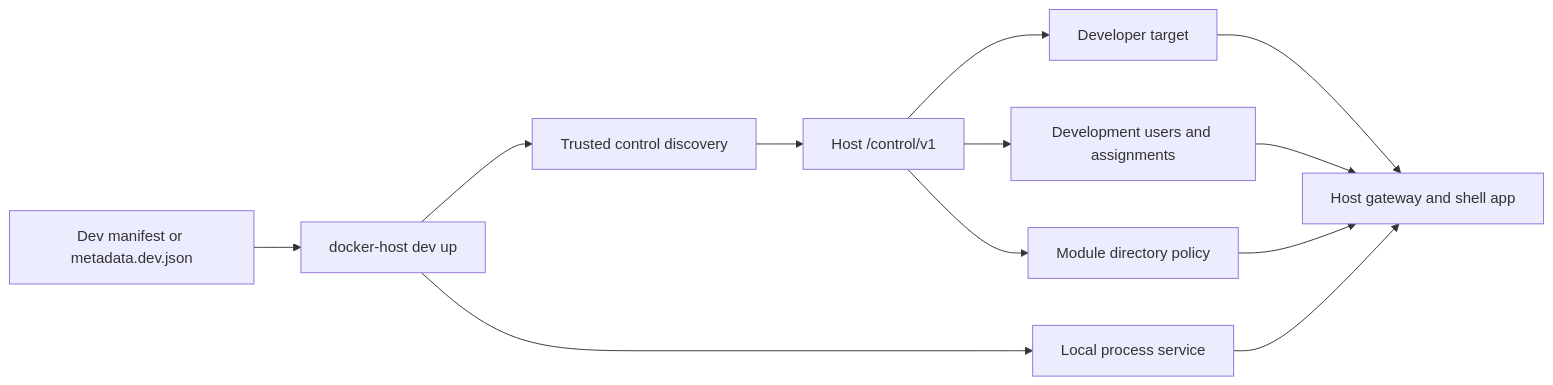
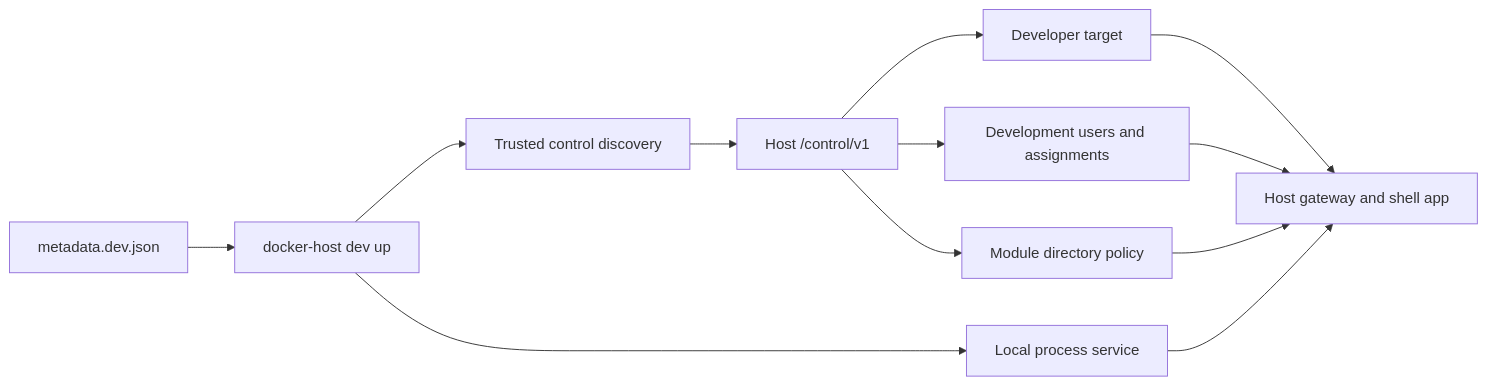
The diagram in docs/features/module-development-harness.md (alex-de-haas/docker-host), drawn with Mermaid before and after one commit. The commit also changed other lines of this file and 17 other files, not shown here.

Commit message:
Remove legacy dev.json and use metadata.dev.json

````diff
--- a/docs/features/module-development-harness.md
+++ b/docs/features/module-development-harness.md
@@ -5,14 +5,14 @@
 ```mermaid
 flowchart LR
-  A["Dev manifest or metadata.dev.json"] --> B["docker-host dev up"]
+  A["metadata.dev.json"] --> B["docker-host dev up"]
   B --> C["Trusted control discovery"]
   C --> D["Host /control/v1"]
   D --> E["Developer target"]
   D --> F["Development users and assignments"]
   D --> G["Module directory policy"]
   B --> H["Local process service"]
   E --> I["Host gateway and shell app"]
   F --> I
   G --> I
   H --> I
 ```
````
